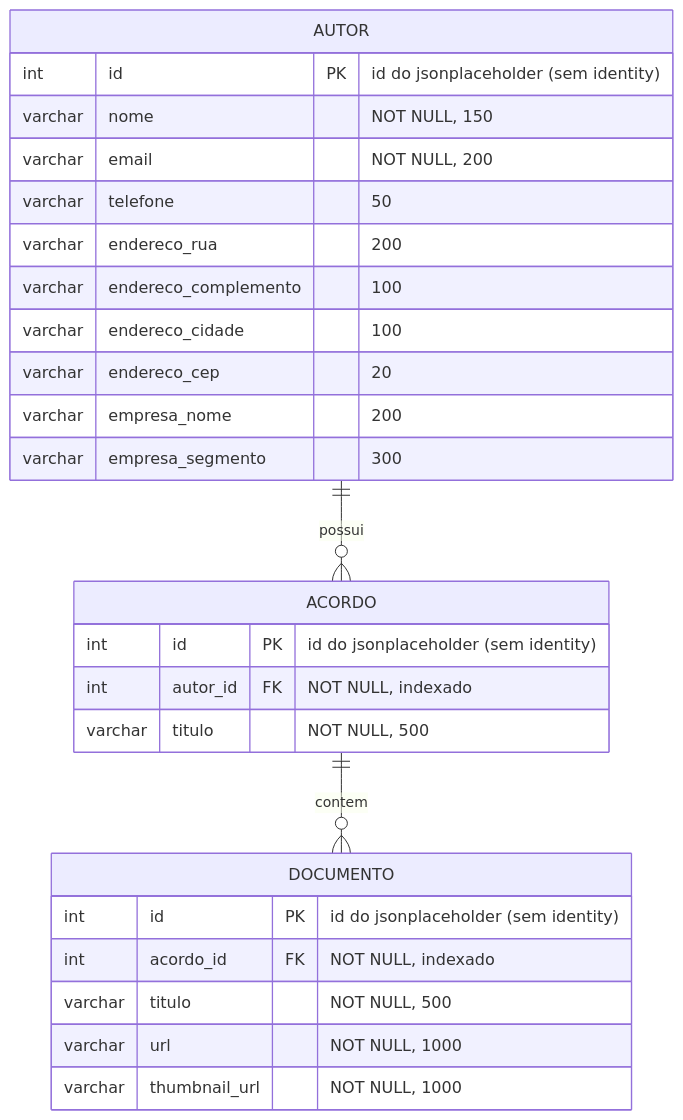
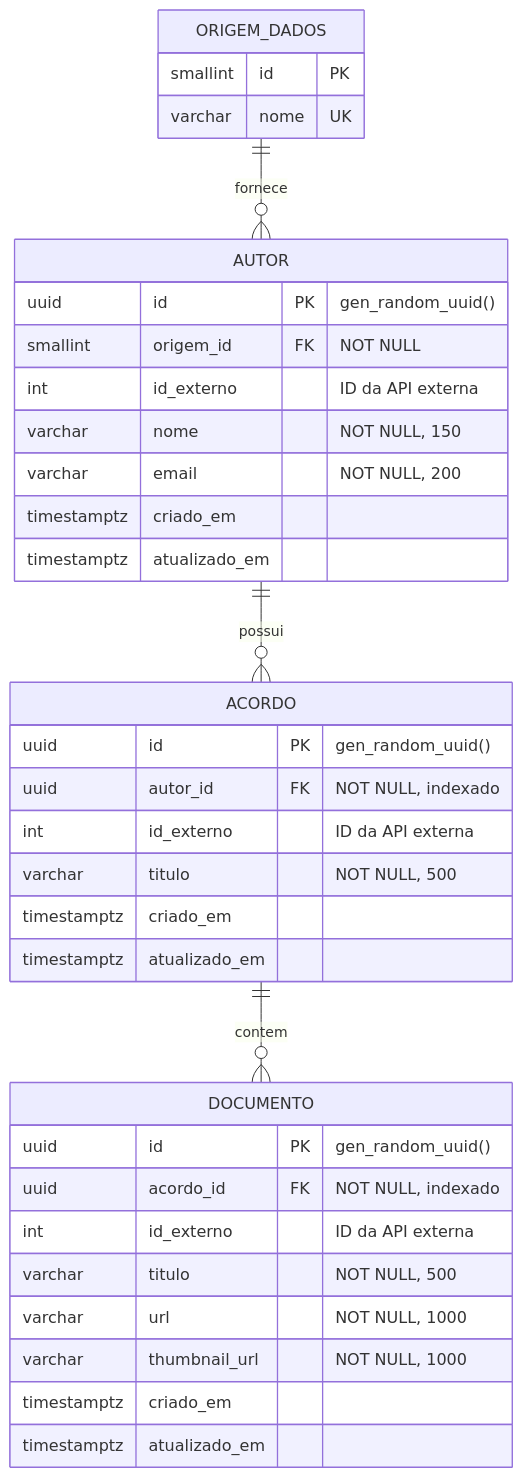
The diagram in README.md (anabiax/case_acordos), drawn with Mermaid before and after one commit. The commit also changed other lines of this file and 14 other files, not shown here.

````diff
--- a/README.md
+++ b/README.md
@@ -134,29 +142,39 @@
 ```mermaid
 erDiagram
+    ORIGEM_DADOS ||--o{ AUTOR : fornece
     AUTOR ||--o{ ACORDO : possui
     ACORDO ||--o{ DOCUMENTO : contem
+
+    ORIGEM_DADOS {
+        smallint id PK
+        varchar nome UK
+    }
+
     AUTOR {
-        int id PK "id do jsonplaceholder (sem identity)"
+        uuid id PK "gen_random_uuid()"
+        smallint origem_id FK "NOT NULL"
+        int id_externo "ID da API externa"
         varchar nome "NOT NULL, 150"
         varchar email "NOT NULL, 200"
-        varchar telefone "50"
-        varchar endereco_rua "200"
-        varchar endereco_complemento "100"
-        varchar endereco_cidade "100"
-        varchar endereco_cep "20"
-        varchar empresa_nome "200"
-        varchar empresa_segmento "300"
+        timestamptz criado_em
+        timestamptz atualizado_em
     }
     ACORDO {
-        int id PK "id do jsonplaceholder (sem identity)"
-        int autor_id FK "NOT NULL, indexado"
+        uuid id PK "gen_random_uuid()"
+        uuid autor_id FK "NOT NULL, indexado"
+        int id_externo "ID da API externa"
         varchar titulo "NOT NULL, 500"
+        timestamptz criado_em
+        timestamptz atualizado_em
     }
     DOCUMENTO {
-        int id PK "id do jsonplaceholder (sem identity)"
-        int acordo_id FK "NOT NULL, indexado"
+        uuid id PK "gen_random_uuid()"
+        uuid acordo_id FK "NOT NULL, indexado"
+        int id_externo "ID da API externa"
         varchar titulo "NOT NULL, 500"
         varchar url "NOT NULL, 1000"
         varchar thumbnail_url "NOT NULL, 1000"
+        timestamptz criado_em
+        timestamptz atualizado_em
     }
 ```
````
